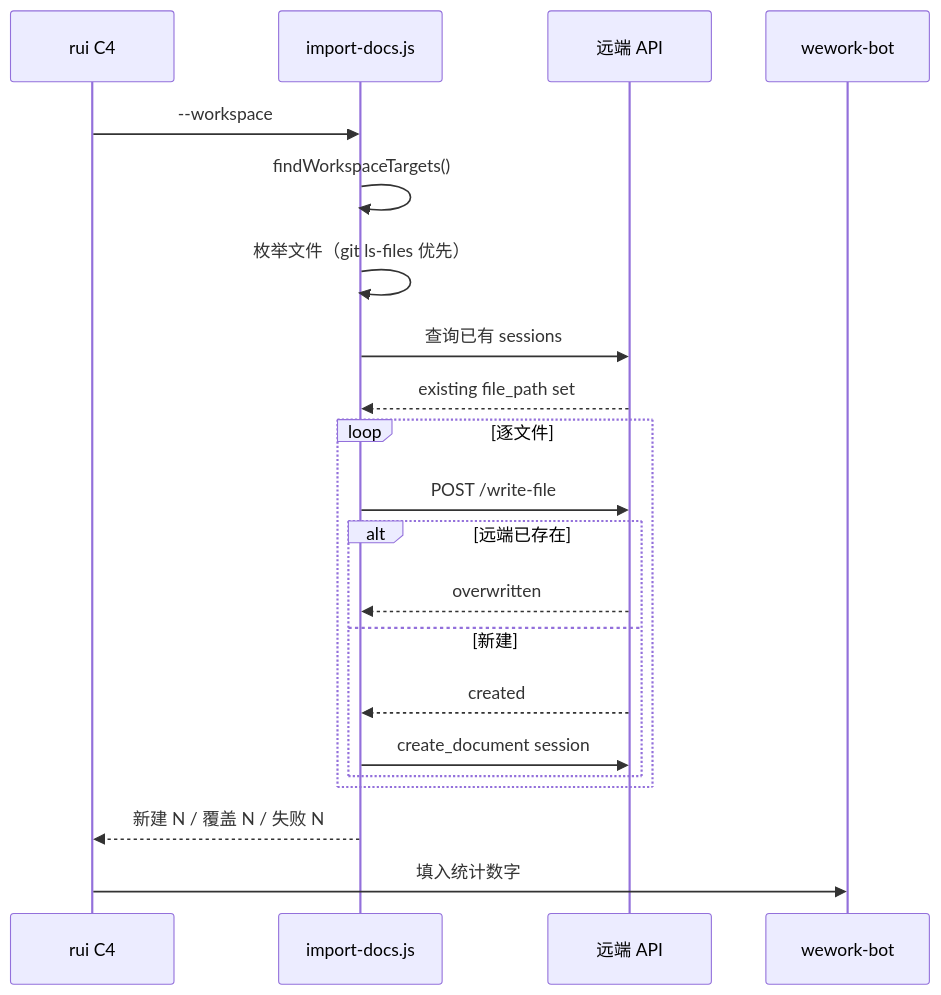
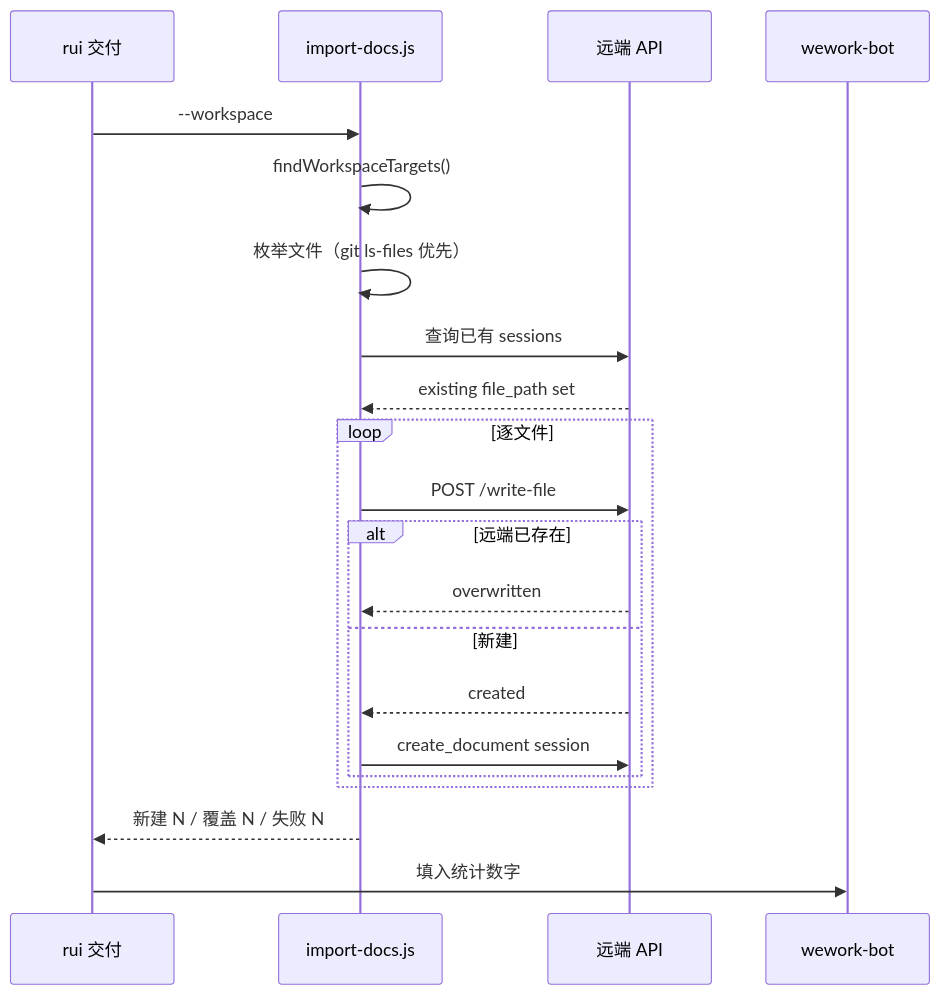
One commit to effiy/YrY changed the second of 2 diagrams in skills/import-docs/SKILL.md. Above: the diagram before and after it, drawn with Mermaid. The commit also changed other lines of this file and 12 other files, not shown here.

````diff
--- a/skills/import-docs/SKILL.md
+++ b/skills/import-docs/SKILL.md
@@ -60,24 +60,24 @@
 ```mermaid
 sequenceDiagram
-    participant RUI as rui C4
+    participant RUI as rui 交付
     participant CMD as import-docs.js
     participant API as 远端 API
     participant WW as wework-bot
 
     RUI->>CMD: --workspace
     CMD->>CMD: findWorkspaceTargets()
     CMD->>CMD: 枚举文件（git ls-files 优先）
     CMD->>API: 查询已有 sessions
     API-->>CMD: existing file_path set
     loop 逐文件
         CMD->>API: POST /write-file
         alt 远端已存在
             API-->>CMD: overwritten
         else 新建
             API-->>CMD: created
             CMD->>API: create_document session
         end
     end
     CMD-->>RUI: 新建 N / 覆盖 N / 失败 N
     RUI->>WW: 填入统计数字
 ```
````
